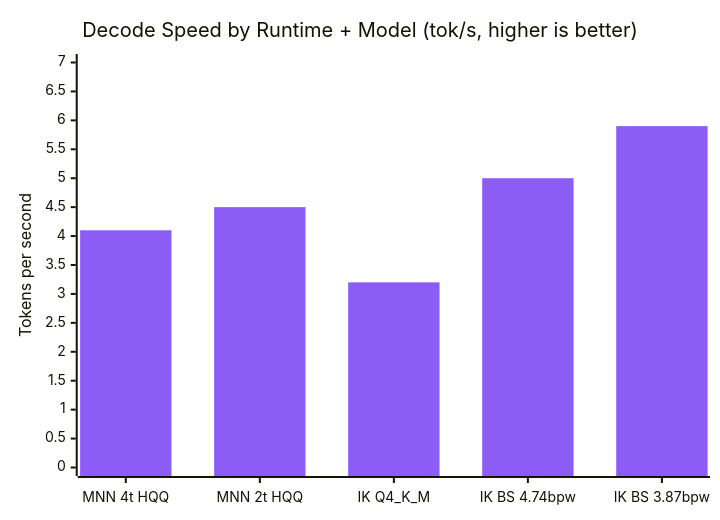
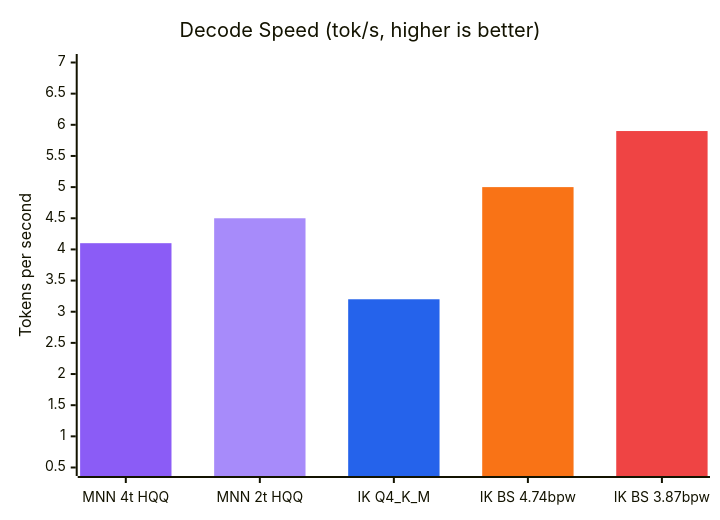
Before and after one commit to slomin/potato-os: the first of 6 diagrams in benchmarks/mnn_spike_results.md, drawn with Mermaid. The commit also changed other lines of this file, not shown here.

First line of the commit message:
spike(mnn): per-bar colors using near-zero workaround (#24)

````diff
--- a/benchmarks/mnn_spike_results.md
+++ b/benchmarks/mnn_spike_results.md
@@ -53,13 +53,17 @@
 ```mermaid
 ---
 config:
     themeVariables:
         xyChart:
-            plotColorPalette: "#8b5cf6, #2563eb, #f97316"
+            plotColorPalette: "#8b5cf6, #a78bfa, #2563eb, #f97316, #ef4444"
 ---
 xychart-beta
-    title "Decode Speed by Runtime + Model (tok/s, higher is better)"
+    title "Decode Speed (tok/s, higher is better)"
     x-axis ["MNN 4t HQQ", "MNN 2t HQQ", "IK Q4_K_M", "IK BS 4.74bpw", "IK BS 3.87bpw"]
-    y-axis "Tokens per second" 0 --> 7
-    bar [4.1, 4.5, 3.2, 5.0, 5.9]
+    y-axis "Tokens per second" 0.5 --> 7
+    bar [4.1, 0.01, 0.01, 0.01, 0.01]
+    bar [0.01, 4.5, 0.01, 0.01, 0.01]
+    bar [0.01, 0.01, 3.2, 0.01, 0.01]
+    bar [0.01, 0.01, 0.01, 5.0, 0.01]
+    bar [0.01, 0.01, 0.01, 0.01, 5.9]
 ```
````
